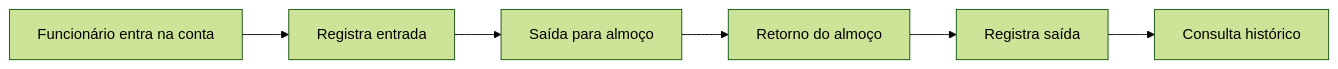
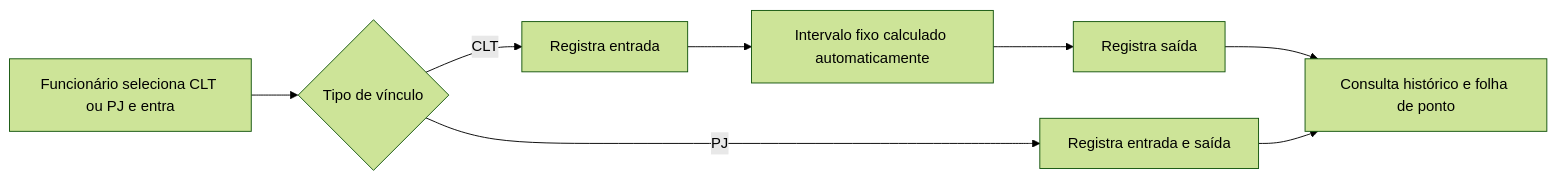
Before and after one commit to oc-mateus/KairoPont: the diagram in README.md, drawn with Mermaid (forest theme). The commit also changed other lines of this file and 3 other files, not shown here.

Commit message:
Document CLT and PJ flows and distinguish login type

````diff
--- a/README.md
+++ b/README.md
@@ -19,8 +19,10 @@
 ```mermaid
 flowchart LR
-    A[Funcionário entra na conta] --> B[Registra entrada]
-    B --> C[Saída para almoço]
-    C --> D[Retorno do almoço]
+    A[Funcionário seleciona CLT ou PJ e entra] --> B{Tipo de vínculo}
+    B -->|CLT| C[Registra entrada]
+    C --> D[Intervalo fixo calculado automaticamente]
     D --> E[Registra saída]
-    E --> F[Consulta histórico]
+    B -->|PJ| F[Registra entrada e saída]
+    E --> G[Consulta histórico e folha de ponto]
+    F --> G
 ```
````
